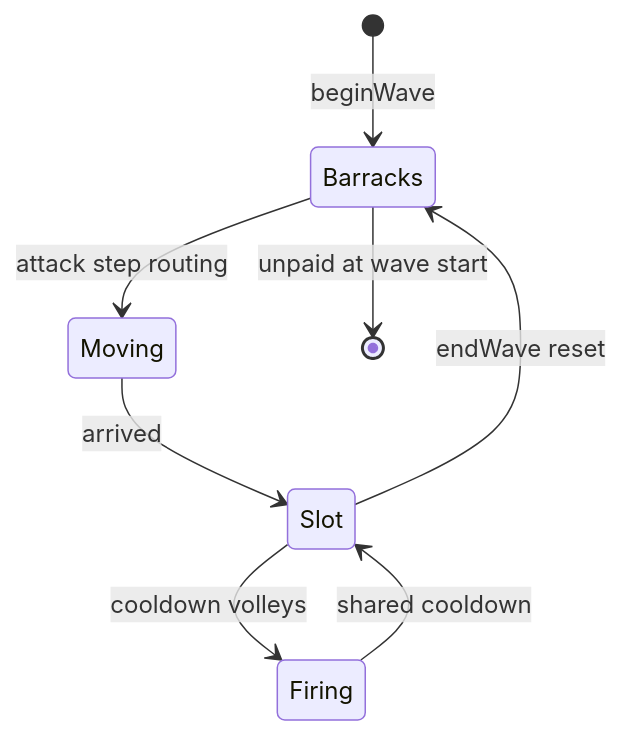
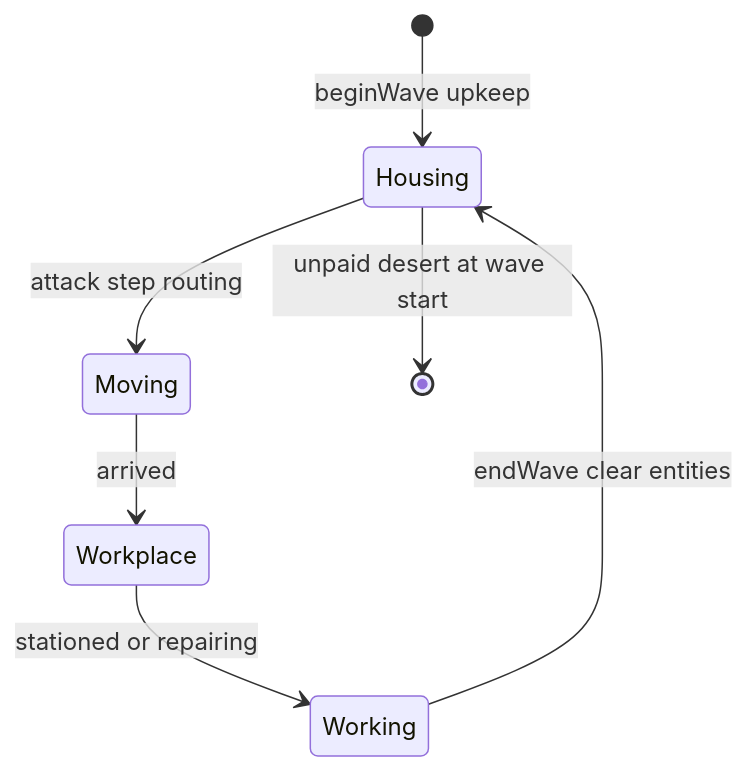
The diagram in docs/INFRASTRUCTURE.md (katerberg/wizard-tower-builder), drawn with Mermaid before and after one commit. The commit also changed other lines of this file and 48 other files, not shown here.

````diff
--- a/docs/INFRASTRUCTURE.md
+++ b/docs/INFRASTRUCTURE.md
@@ -152,10 +159,9 @@
 ```mermaid
 stateDiagram-v2
-  [*] --> Barracks: beginWave
-  Barracks --> Moving: attack step routing
-  Moving --> Slot: arrived
-  Slot --> Firing: cooldown volleys
-  Firing --> Slot: shared cooldown
-  Slot --> Barracks: endWave reset
-  Barracks --> [*]: unpaid at wave start
+  [*] --> Housing: beginWave upkeep
+  Housing --> Moving: attack step routing
+  Moving --> Workplace: arrived
+  Workplace --> Working: stationed or repairing
+  Working --> Housing: endWave clear entities
+  Housing --> [*]: unpaid desert at wave start
 ```
````
